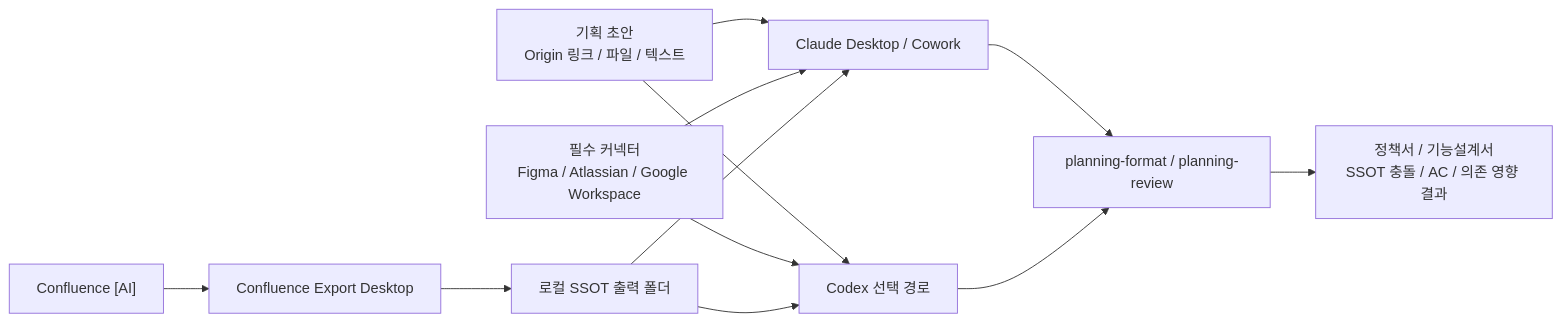
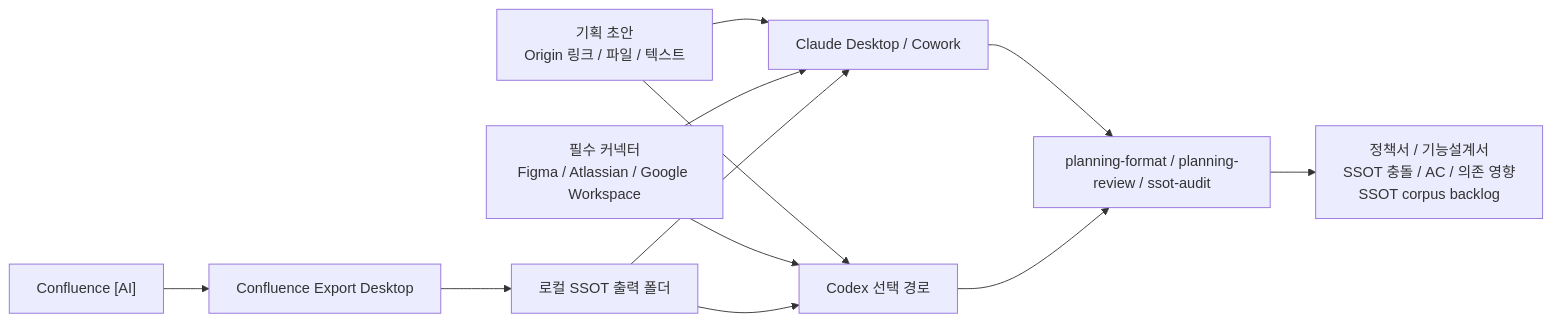
The diagram in planning-kit/docs/planning-kit-install-guide-windows.md (inkwonjung-colosseum/plugins), drawn with Mermaid before and after one commit. The commit also changed other lines of this file and 74 other files, not shown here.

````diff
--- a/planning-kit/docs/planning-kit-install-guide-windows.md
+++ b/planning-kit/docs/planning-kit-install-guide-windows.md
@@ -28,16 +29,16 @@
 ```mermaid
 flowchart LR
   A["Confluence [AI]"] --> B["Confluence Export Desktop"]
   B --> C["로컬 SSOT 출력 폴더"]
 
   D["기획 초안<br/>Origin 링크 / 파일 / 텍스트"] --> E["Claude Desktop / Cowork"]
   D --> J["Codex 선택 경로"]
   K["필수 커넥터<br/>Figma / Atlassian / Google Workspace"] --> E
   K --> J
   C --> E
   C --> J
 
-  E --> F["planning-format / planning-review"]
+  E --> F["planning-format / planning-review / ssot-audit"]
   J --> F
-  F --> G["정책서 / 기능설계서<br/>SSOT 충돌 / AC / 의존 영향 결과"]
+  F --> G["정책서 / 기능설계서<br/>SSOT 충돌 / AC / 의존 영향<br/>SSOT corpus backlog"]
 ```
````
